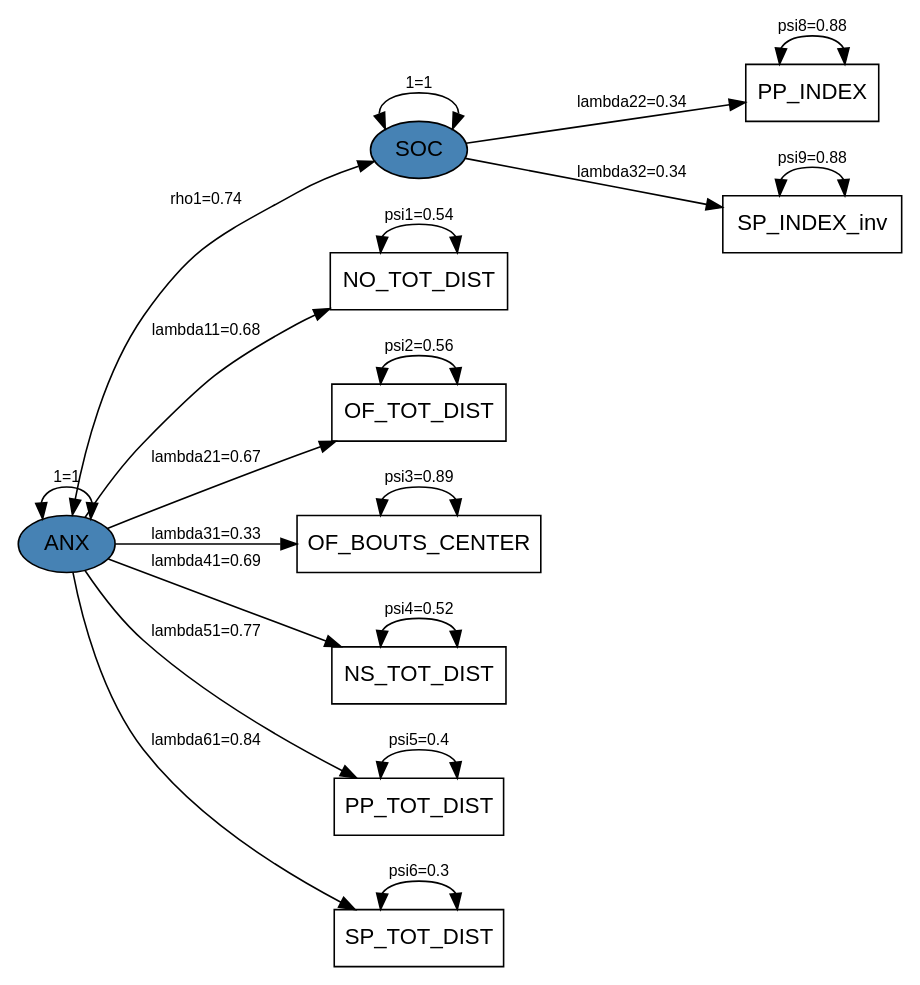
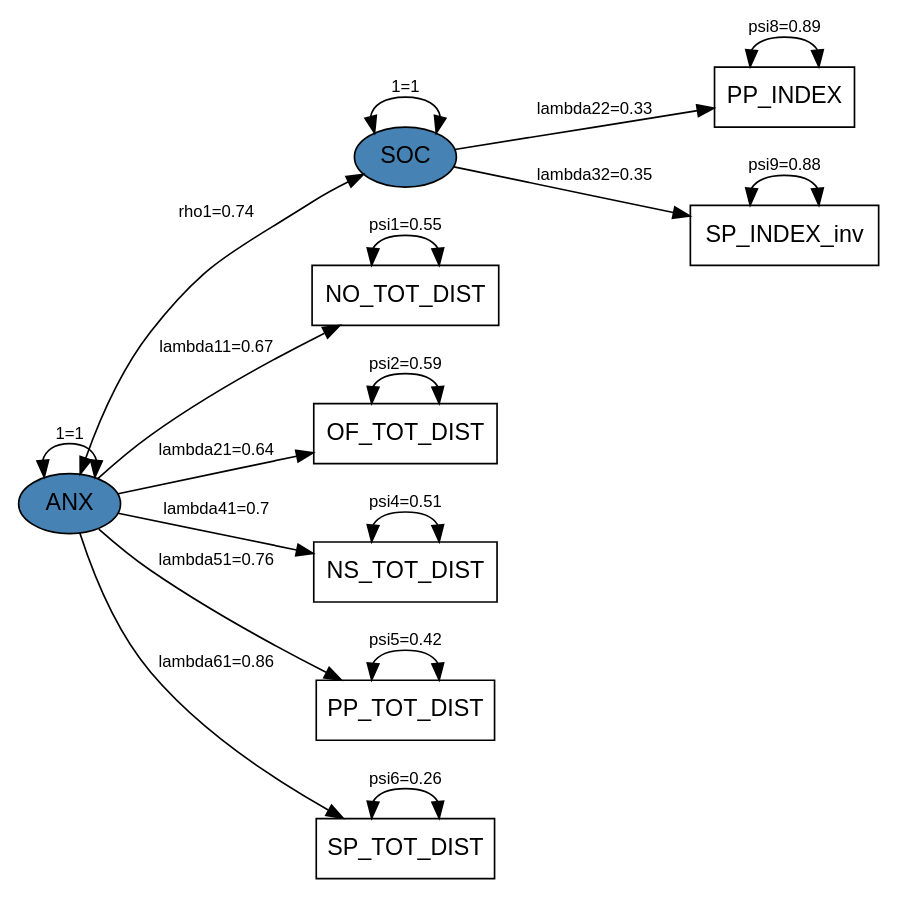
Before and after one commit to LynnSHuang/ST542-Project: the diagram in Risk_Model_plot.dot, drawn with Graphviz. The commit also changed 1 other file, not shown here.

```diff
--- a/Risk_Model_plot.dot
+++ b/Risk_Model_plot.dot
@@ -1,36 +1,33 @@
 digraph "Risk_Model" {
   rankdir=LR;
   size="8,8";
   node [fontname="Helvetica" fontsize=14 fillcolor="steelblue" shape=box style=filled];
   edge [fontname="Helvetica" fontsize=10];
   center=1;
   "ANX" [shape=ellipse]
   "SOC" [shape=ellipse]
   "NO_TOT_DIST" [fillcolor="transparent"]
   "OF_TOT_DIST" [fillcolor="transparent"]
-  "OF_BOUTS_CENTER" [fillcolor="transparent"]
   "NS_TOT_DIST" [fillcolor="transparent"]
   "PP_TOT_DIST" [fillcolor="transparent"]
   "SP_TOT_DIST" [fillcolor="transparent"]
   "PP_INDEX" [fillcolor="transparent"]
   "SP_INDEX_inv" [fillcolor="transparent"]
-  "ANX" -> "NO_TOT_DIST" [label="lambda11=0.68" color=black penwidth=1.001];
-  "ANX" -> "OF_TOT_DIST" [label="lambda21=0.67" color=black penwidth=1.001];
-  "ANX" -> "OF_BOUTS_CENTER" [label="lambda31=0.33" color=black penwidth=1.001];
-  "ANX" -> "NS_TOT_DIST" [label="lambda41=0.69" color=black penwidth=1.001];
-  "ANX" -> "PP_TOT_DIST" [label="lambda51=0.77" color=black penwidth=1.001];
-  "ANX" -> "SP_TOT_DIST" [label="lambda61=0.84" color=black penwidth=1.001];
-  "SOC" -> "PP_INDEX" [label="lambda22=0.34" color=black penwidth=1.001];
-  "SOC" -> "SP_INDEX_inv" [label="lambda32=0.34" color=black penwidth=1.001];
-  "NO_TOT_DIST" -> "NO_TOT_DIST" [label="psi1=0.54" dir=both color=black penwidth=1.001];
-  "OF_TOT_DIST" -> "OF_TOT_DIST" [label="psi2=0.56" dir=both color=black penwidth=1.001];
-  "OF_BOUTS_CENTER" -> "OF_BOUTS_CENTER" [label="psi3=0.89" dir=both color=black penwidth=1.001];
-  "NS_TOT_DIST" -> "NS_TOT_DIST" [label="psi4=0.52" dir=both color=black penwidth=1.001];
-  "PP_TOT_DIST" -> "PP_TOT_DIST" [label="psi5=0.4" dir=both color=black penwidth=1.001];
-  "SP_TOT_DIST" -> "SP_TOT_DIST" [label="psi6=0.3" dir=both color=black penwidth=1.001];
-  "PP_INDEX" -> "PP_INDEX" [label="psi8=0.88" dir=both color=black penwidth=1.001];
+  "ANX" -> "NO_TOT_DIST" [label="lambda11=0.67" color=black penwidth=1.001];
+  "ANX" -> "OF_TOT_DIST" [label="lambda21=0.64" color=black penwidth=1.001];
+  "ANX" -> "NS_TOT_DIST" [label="lambda41=0.7" color=black penwidth=1.001];
+  "ANX" -> "PP_TOT_DIST" [label="lambda51=0.76" color=black penwidth=1.001];
+  "ANX" -> "SP_TOT_DIST" [label="lambda61=0.86" color=black penwidth=1.001];
+  "SOC" -> "PP_INDEX" [label="lambda22=0.33" color=black penwidth=1.001];
+  "SOC" -> "SP_INDEX_inv" [label="lambda32=0.35" color=black penwidth=1.001];
+  "NO_TOT_DIST" -> "NO_TOT_DIST" [label="psi1=0.55" dir=both color=black penwidth=1.001];
+  "OF_TOT_DIST" -> "OF_TOT_DIST" [label="psi2=0.59" dir=both color=black penwidth=1.001];
+  "NS_TOT_DIST" -> "NS_TOT_DIST" [label="psi4=0.51" dir=both color=black penwidth=1.001];
+  "PP_TOT_DIST" -> "PP_TOT_DIST" [label="psi5=0.42" dir=both color=black penwidth=1.001];
+  "SP_TOT_DIST" -> "SP_TOT_DIST" [label="psi6=0.26" dir=both color=black penwidth=1.001];
+  "PP_INDEX" -> "PP_INDEX" [label="psi8=0.89" dir=both color=black penwidth=1.001];
   "SP_INDEX_inv" -> "SP_INDEX_inv" [label="psi9=0.88" dir=both color=black penwidth=1.001];
   "ANX" -> "ANX" [label="1=1" dir=both color=black penwidth=1.001];
   "SOC" -> "SOC" [label="1=1" dir=both color=black penwidth=1.001];
   "ANX" -> "SOC" [label="rho1=0.74" dir=both color=black penwidth=1.001];
 }
```
